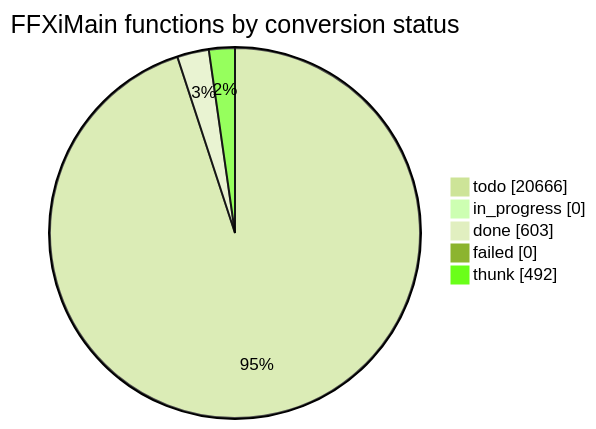
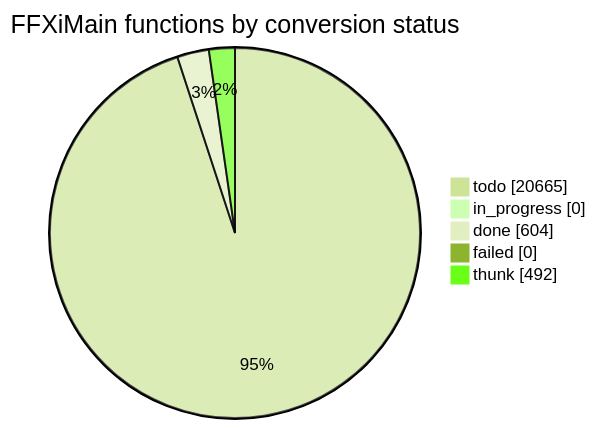
The diagram in docs/cow/STATUS.md (cowrevenge/cow_kuluu_xi_anything), drawn with Mermaid (forest theme) before and after one commit. The commit also changed other lines of this file and 9 other files, not shown here.

````diff
--- a/docs/cow/STATUS.md
+++ b/docs/cow/STATUS.md
@@ -18,9 +18,9 @@
 ```mermaid
 pie showData
     title FFXiMain functions by conversion status
-    "todo" : 20666
+    "todo" : 20665
     "in_progress" : 0
-    "done" : 603
+    "done" : 604
     "failed" : 0
     "thunk" : 492
 ```
````
